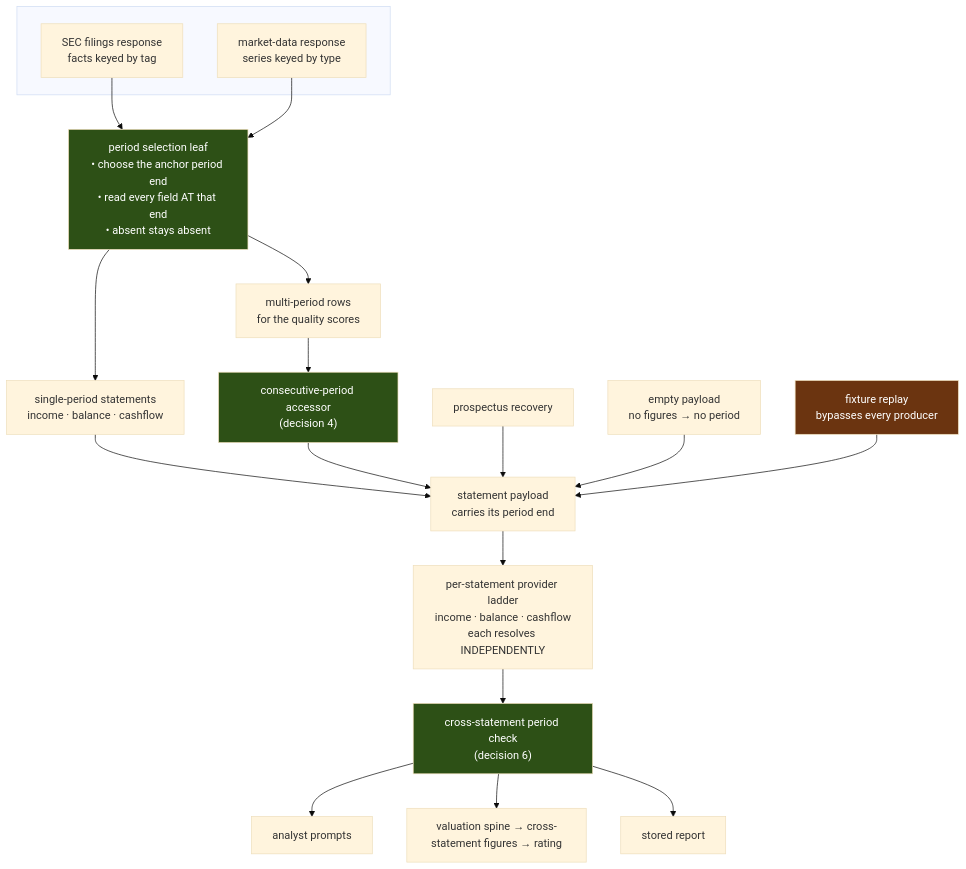
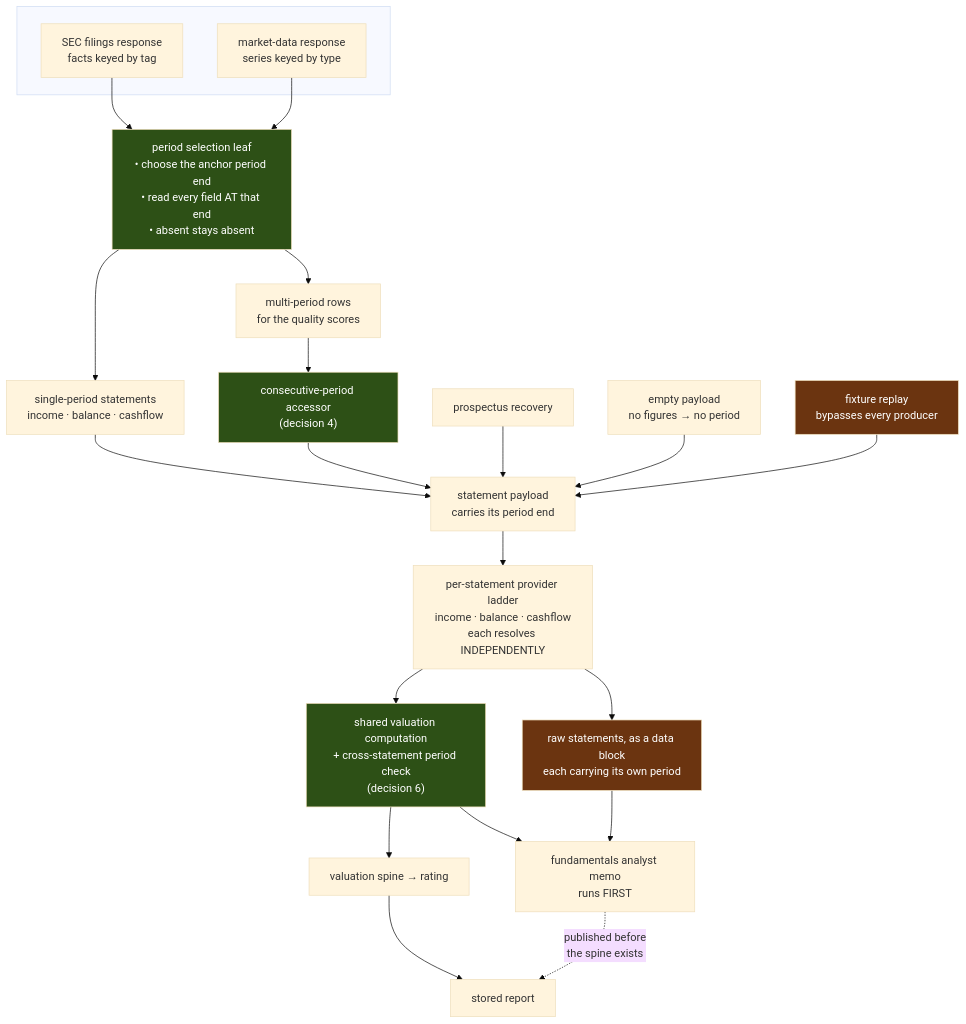
One commit to fixpoint-labs/flow-state-dev changed the diagram in spec/FIX-1113.md. Above: the diagram before and after it, drawn with Mermaid (base theme). The commit also changed other lines of this file, not shown here.

First line of the commit message:
spec(FIX-1113): fold round-2 review — analyst valuation site, period predicate, goal anti-game

````diff
--- a/spec/FIX-1113.md
+++ b/spec/FIX-1113.md
@@ -320,35 +350,40 @@
 ```mermaid
 flowchart TB
   subgraph src[" "]
     E[SEC filings response<br/>facts keyed by tag]
     Y[market-data response<br/>series keyed by type]
   end
 
   E --> A
   Y --> A
 
   A["period selection leaf<br/>• choose the anchor period end<br/>• read every field AT that end<br/>• absent stays absent"]
 
   A --> S1[single-period statements<br/>income · balance · cashflow]
   A --> S2[multi-period rows<br/>for the quality scores]
 
   S2 --> ADJ["consecutive-period accessor<br/>(decision 4)"]
   S1 --> P[statement payload<br/>carries its period end]
   ADJ --> P
 
   R[prospectus recovery] --> P
   Z[empty payload<br/>no figures → no period] --> P
   F[fixture replay<br/>bypasses every producer] --> P
 
   P --> L["per-statement provider ladder<br/>income · balance · cashflow<br/>each resolves INDEPENDENTLY"]
-  L --> X["cross-statement period check<br/>(decision 6)"]
 
-  X --> C1[analyst prompts]
-  X --> C2[valuation spine → cross-statement figures → rating]
-  X --> C3[stored report]
+  L --> X["shared valuation computation<br/>+ cross-statement period check<br/>(decision 6)"]
+  L --> D["raw statements, as a data block<br/>each carrying its own period"]
+
+  X --> AN[fundamentals analyst memo<br/>runs FIRST]
+  D --> AN
+  X --> SP[valuation spine → rating]
+  SP --> C3[stored report]
+  AN -.->|published before<br/>the spine exists| C3
 
   style A fill:#2d5016,color:#fff
   style ADJ fill:#2d5016,color:#fff
   style X fill:#2d5016,color:#fff
   style F fill:#6b3410,color:#fff
+  style D fill:#6b3410,color:#fff
 ```
````
